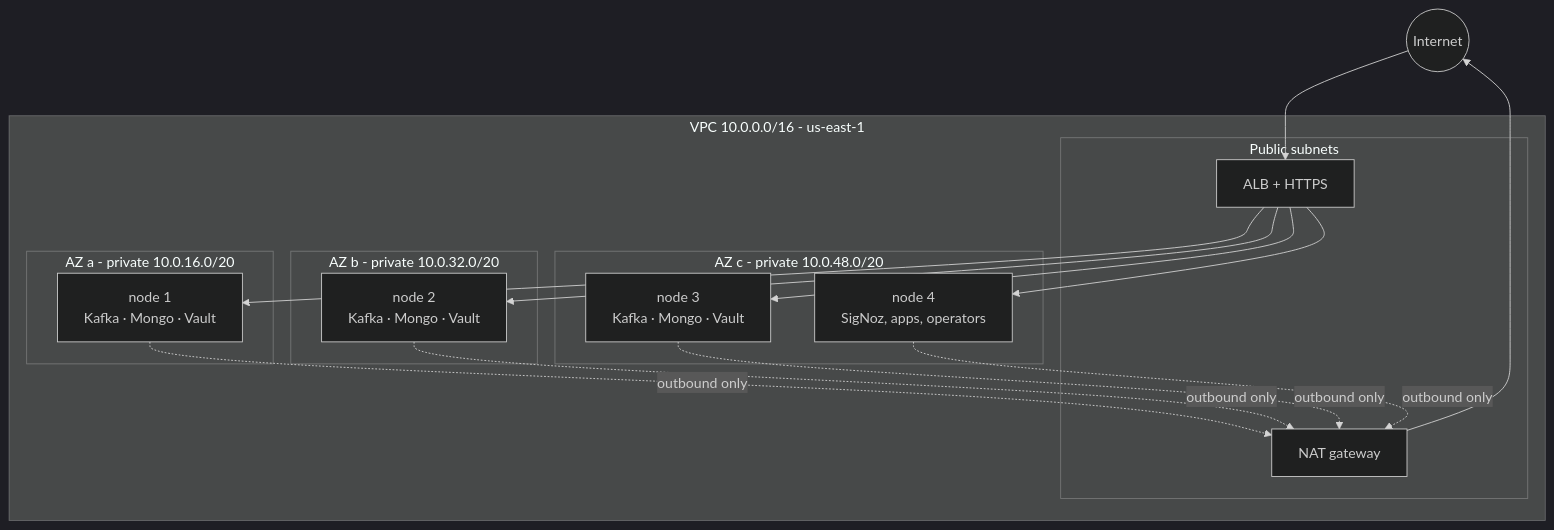
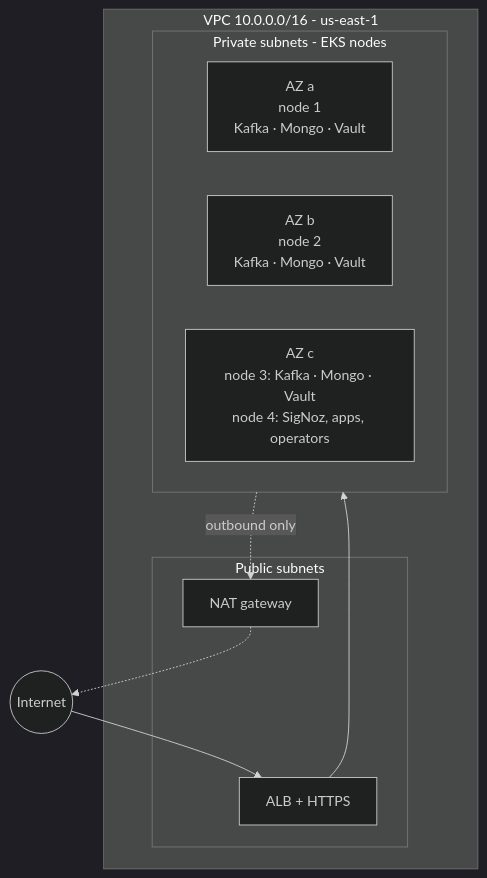
Before and after one commit to Telsek/python-kafka-mongo: the second of 2 diagrams in README.md, drawn with Mermaid (dark theme).

Commit message:
docs: AWS infrastructure diagram in README (#11)
Updated AWS infrastructure diagram and adjusted node descriptions.

````diff
--- a/README.md
+++ b/README.md
@@ -35,22 +35,18 @@
 ```mermaid
 flowchart TB
-    NET((Internet)) --> ALB
+    NET((Internet))
     subgraph VPC["VPC 10.0.0.0/16 - us-east-1"]
         subgraph PUB["Public subnets"]
             ALB[ALB + HTTPS]
             NAT[NAT gateway]
         end
-        subgraph A["AZ a - private 10.0.16.0/20"]
-            N1["node 1<br/>Kafka · Mongo · Vault"]
-        end
-        subgraph B["AZ b - private 10.0.32.0/20"]
-            N2["node 2<br/>Kafka · Mongo · Vault"]
-        end
-        subgraph C["AZ c - private 10.0.48.0/20"]
-            N3["node 3<br/>Kafka · Mongo · Vault"]
-            N4["node 4<br/>SigNoz, apps, operators"]
+        subgraph PRIV["Private subnets - EKS nodes"]
+            direction LR
+            A["AZ a<br/>node 1<br/>Kafka · Mongo · Vault"]
+            B["AZ b<br/>node 2<br/>Kafka · Mongo · Vault"]
+            C["AZ c<br/>node 3: Kafka · Mongo · Vault<br/>node 4: SigNoz, apps, operators"]
         end
     end
-    ALB --> N1 & N2 & N3 & N4
-    N1 & N2 & N3 & N4 -.->|outbound only| NAT --> NET
+    NET --> ALB --> PRIV
+    PRIV -.->|outbound only| NAT -.-> NET
 ```
````
